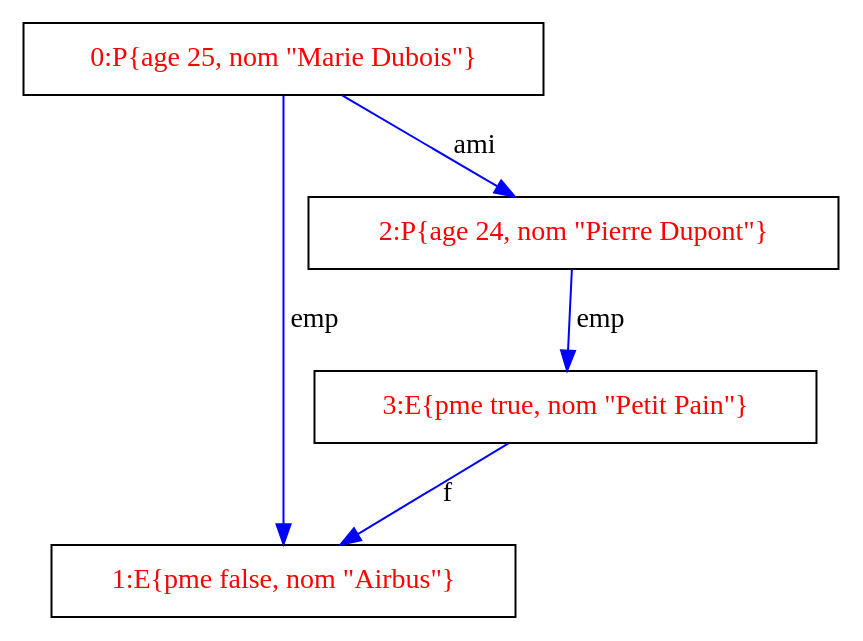
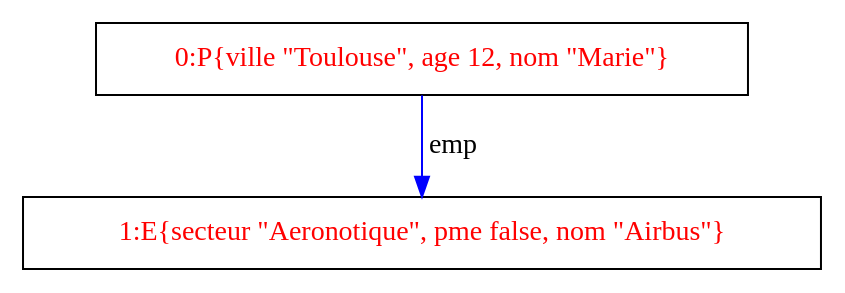
Before and after one commit to Metheor31Game/Projet_GraphDB: the diagram in graphDB/graph.dot, drawn with Graphviz. The commit also changed 10 other files, not shown here.

```diff
--- a/graphDB/graph.dot
+++ b/graphDB/graph.dot
@@ -1,16 +1,10 @@
 digraph G {
-  0 [label="0:P{age 25, nom \"Marie Dubois\"}", shape=box,
+  0 [label="0:P{ville \"Toulouse\", age 12, nom \"Marie\"}", shape=box,
      fontcolor="#FF0000", ];
-  1 [label="1:E{pme false, nom \"Airbus\"}", shape=box, fontcolor="#FF0000", ];
-  2 [label="2:P{age 24, nom \"Pierre Dupont\"}", shape=box,
-     fontcolor="#FF0000", ];
-  3 [label="3:E{pme true, nom \"Petit Pain\"}", shape=box,
-     fontcolor="#FF0000", ];
+  1 [label="1:E{secteur \"Aeronotique\", pme false, nom \"Airbus\"}",
+     shape=box, fontcolor="#FF0000", ];
   
   
   0 -> 1 [color="#0000FF", label="emp", ];
-  0 -> 2 [color="#0000FF", label="ami", ];
-  2 -> 3 [color="#0000FF", label="emp", ];
-  3 -> 1 [color="#0000FF", label="f", ];
   
   }
```
